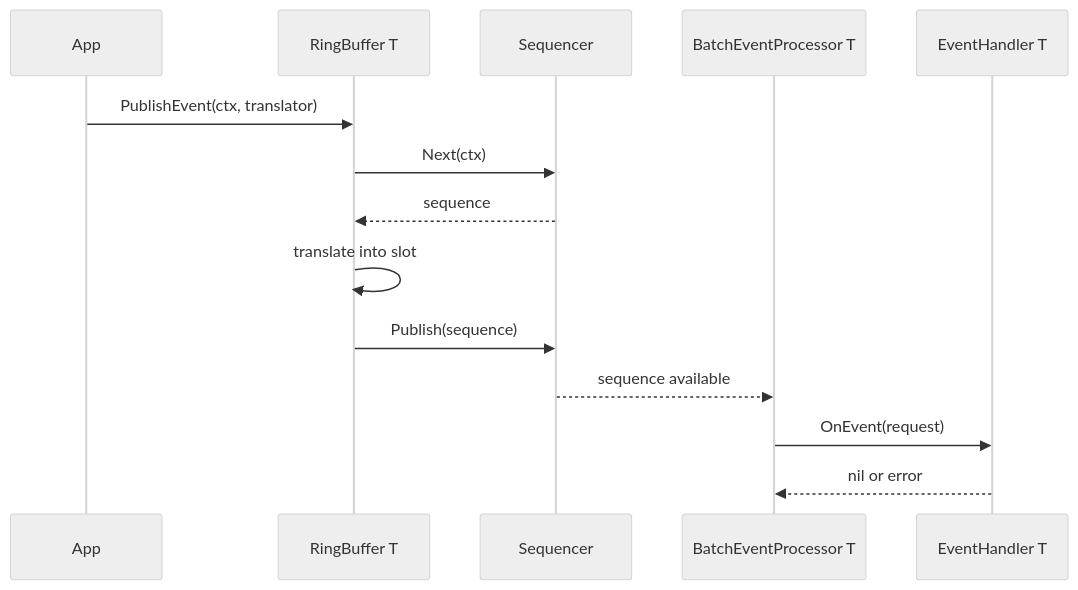
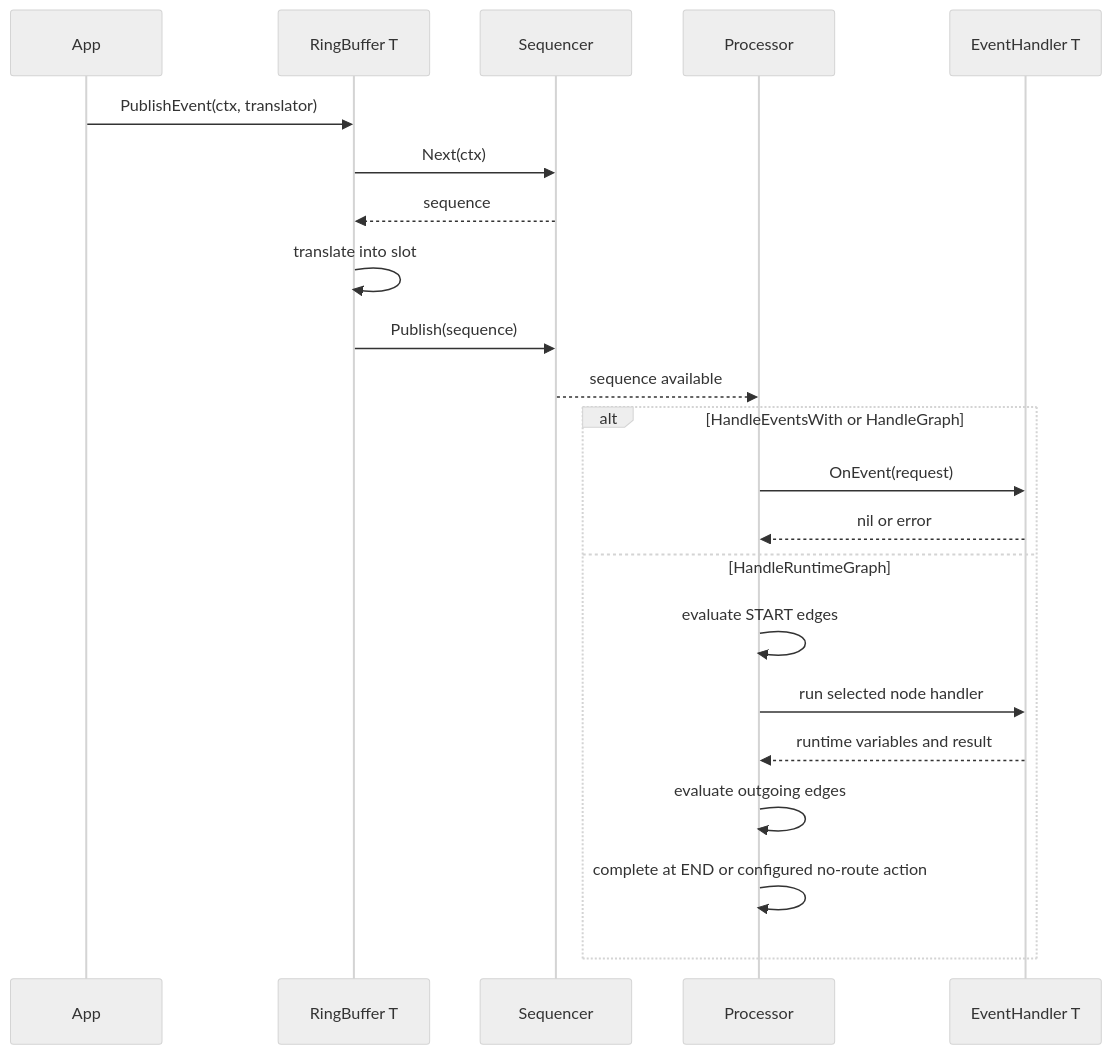
One commit to photowey/disruptor.go changed the second of 5 diagrams in README.md. Above: the diagram before and after it, drawn with Mermaid (neutral theme). The commit also changed other lines of this file and 3 other files, not shown here.

Commit message:
docs: sync runtime graph diagrams

````diff
--- a/README.md
+++ b/README.md
@@ -182,17 +210,25 @@
 ```mermaid
 sequenceDiagram
     participant App
     participant RB as RingBuffer T
     participant Seq as Sequencer
-    participant P as BatchEventProcessor T
+    participant Proc as Processor
     participant H as EventHandler T
 
     App->>RB: PublishEvent(ctx, translator)
     RB->>Seq: Next(ctx)
     Seq-->>RB: sequence
     RB->>RB: translate into slot
     RB->>Seq: Publish(sequence)
-    Seq-->>P: sequence available
-    P->>H: OnEvent(request)
-    H-->>P: nil or error
+    Seq-->>Proc: sequence available
+    alt HandleEventsWith or HandleGraph
+        Proc->>H: OnEvent(request)
+        H-->>Proc: nil or error
+    else HandleRuntimeGraph
+        Proc->>Proc: evaluate START edges
+        Proc->>H: run selected node handler
+        H-->>Proc: runtime variables and result
+        Proc->>Proc: evaluate outgoing edges
+        Proc->>Proc: complete at END or configured no-route action
+    end
 ```
````
